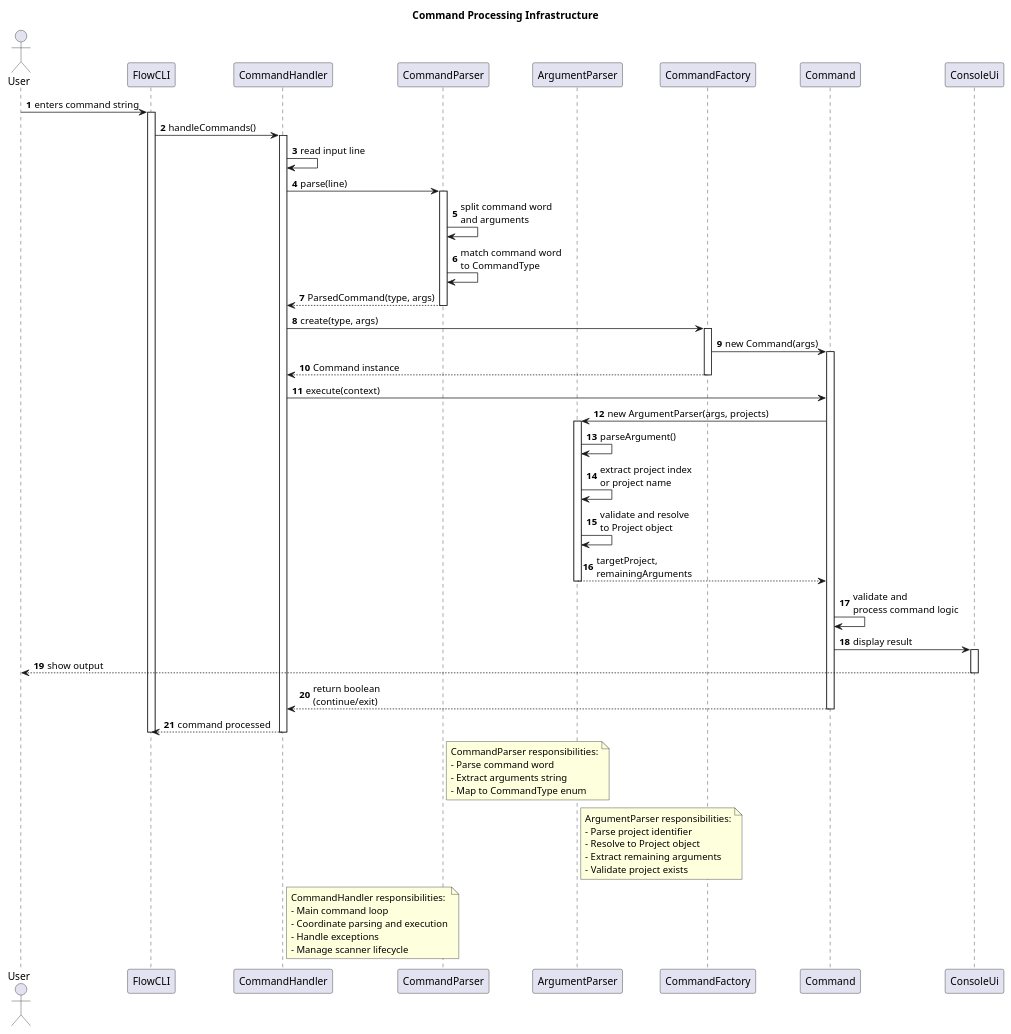
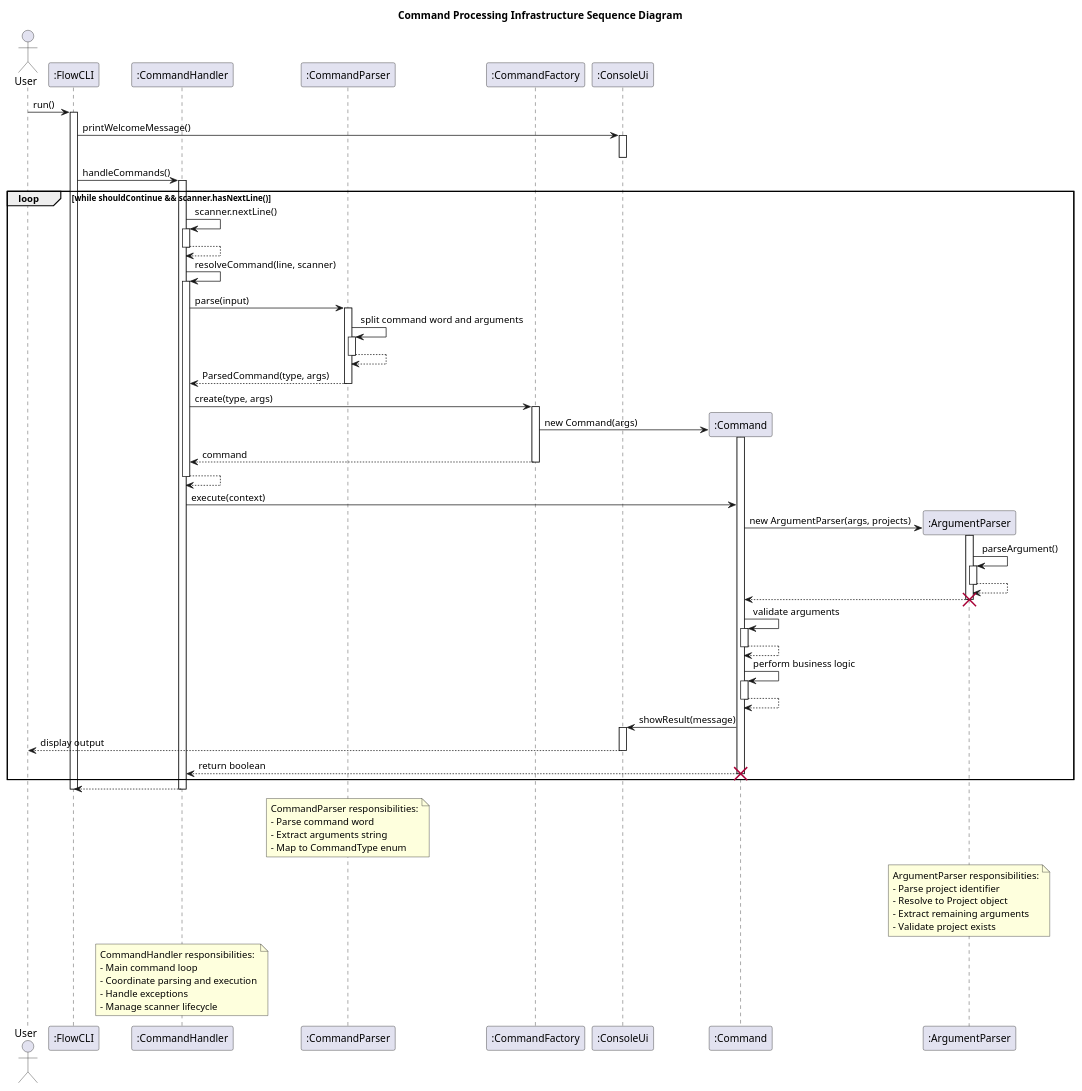
One commit to sean6369/tp changed the diagram in docs/plantUML/command-processing-infrastructure/command-processing-infrastructure-sequence.puml. Above: the diagram before and after it, drawn with PlantUML. The commit also changed 2 other files, not shown here.

Commit message:
Fix: Update command processing infrastructure sequence diagram
- Fixed UML notation to align with CS2113 course standards
- Added proper object creation notation using 'create' keyword
- Added object destruction (X marks) for Command and ArgumentParser
- Added self-invocation return arrows for all recursive calls
- Removed autonumber for clarity
- Used actual method names instead of descriptions
- Clarified in DG that constructor calls only shown for objects created during sequence
- Pre-existing objects (FlowCLI, CommandHandler, etc.) don't show constructors

Updated diagram filename to Command-processing-infrastructure-sequence-diagram.png

```diff
--- a/docs/plantUML/command-processing-infrastructure/command-processing-infrastructure-sequence.puml
+++ b/docs/plantUML/command-processing-infrastructure/command-processing-infrastructure-sequence.puml
@@ -1,82 +1,117 @@
-@startuml Command Processing Infrastructure Sequence
-title Command Processing Infrastructure
-autonumber
+@startuml CommandProcessingInfrastructureSequence
+title Command Processing Infrastructure Sequence Diagram
 
 actor User
-participant "FlowCLI" as Main
-participant "CommandHandler" as Handler
-participant "CommandParser" as Parser
-participant "ArgumentParser" as ArgParser
-participant "CommandFactory" as Factory
-participant "Command" as Cmd
-participant "ConsoleUi" as UI
+participant ":FlowCLI" as FlowCLI
+participant ":CommandHandler" as Handler
+participant ":CommandParser" as Parser
+participant ":CommandFactory" as Factory
+participant ":ConsoleUi" as UI
 
-User -> Main: enters command string
-activate Main
+User -> FlowCLI: run()
+activate FlowCLI
 
-Main -> Handler: handleCommands()
+FlowCLI -> UI: printWelcomeMessage()
+activate UI
+deactivate UI
+
+FlowCLI -> Handler: handleCommands()
 activate Handler
 
-Handler -> Handler: read input line
-Handler -> Parser: parse(line)
-activate Parser
+loop while shouldContinue && scanner.hasNextLine()
+    Handler -> Handler: scanner.nextLine()
+    activate Handler
+    Handler --> Handler
+    deactivate Handler
+    
+    Handler -> Handler: resolveCommand(line, scanner)
+    activate Handler
+    
+    Handler -> Parser: parse(input)
+    activate Parser
+    
+    Parser -> Parser: split command word and arguments
+    activate Parser
+    Parser --> Parser
+    deactivate Parser
+    
+    Parser --> Handler: ParsedCommand(type, args)
+    deactivate Parser
+    
+    Handler -> Factory: create(type, args)
+    activate Factory
+    
+    create ":Command" as Cmd
+    Factory -> Cmd: new Command(args)
+    activate Cmd
+    
+    Factory --> Handler: command
+    deactivate Factory
+    
+    Handler --> Handler
+    deactivate Handler
+    
+    Handler -> Cmd: execute(context)
+    
+    create ":ArgumentParser" as ArgParser
+    Cmd -> ArgParser: new ArgumentParser(args, projects)
+    activate ArgParser
+    
+    ArgParser -> ArgParser: parseArgument()
+    activate ArgParser
+    ArgParser --> ArgParser
+    deactivate ArgParser
+    
+    ArgParser --> Cmd: 
+    deactivate ArgParser
+    destroy ArgParser
+    
+    Cmd -> Cmd: validate arguments
+    activate Cmd
+    Cmd --> Cmd
+    deactivate Cmd
+    
+    Cmd -> Cmd: perform business logic
+    activate Cmd
+    Cmd --> Cmd
+    deactivate Cmd
+    
+    Cmd -> UI: showResult(message)
+    activate UI
+    UI --> User: display output
+    deactivate UI
+    
+    Cmd --> Handler: return boolean
+    deactivate Cmd
+    destroy Cmd
+end
 
-Parser -> Parser: split command word\nand arguments
-Parser -> Parser: match command word\nto CommandType
-Parser --> Handler: ParsedCommand(type, args)
-deactivate Parser
+Handler --> FlowCLI: 
+deactivate Handler
 
-Handler -> Factory: create(type, args)
-activate Factory
-Factory -> Cmd: new Command(args)
-activate Cmd
-Factory --> Handler: Command instance
-deactivate Factory
+deactivate FlowCLI
 
-Handler -> Cmd: execute(context)
-
-Cmd -> ArgParser: new ArgumentParser(args, projects)
-activate ArgParser
-ArgParser -> ArgParser: parseArgument()
-ArgParser -> ArgParser: extract project index\nor project name
-ArgParser -> ArgParser: validate and resolve\nto Project object
-ArgParser --> Cmd: targetProject,\nremainingArguments
-deactivate ArgParser
-
-Cmd -> Cmd: validate and\nprocess command logic
-Cmd -> UI: display result
-activate UI
-UI --> User: show output
-deactivate UI
-
-Cmd --> Handler: return boolean\n(continue/exit)
-deactivate Cmd
-
-Handler --> Main: command processed
-deactivate Handler
-deactivate Main
-
-note right of Parser
+note over Parser
   CommandParser responsibilities:
   - Parse command word
   - Extract arguments string
   - Map to CommandType enum
 end note
 
-note right of ArgParser
+note over ArgParser
   ArgumentParser responsibilities:
   - Parse project identifier
   - Resolve to Project object
   - Extract remaining arguments
   - Validate project exists
 end note
 
-note right of Handler
+note over Handler
   CommandHandler responsibilities:
   - Main command loop
   - Coordinate parsing and execution
   - Handle exceptions
   - Manage scanner lifecycle
 end note
 
 @enduml
```
